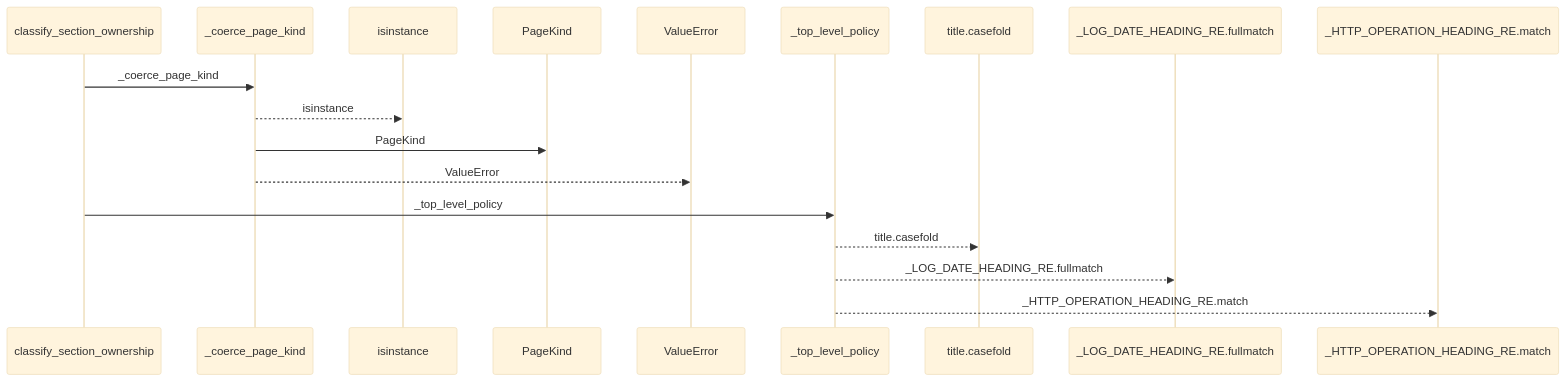
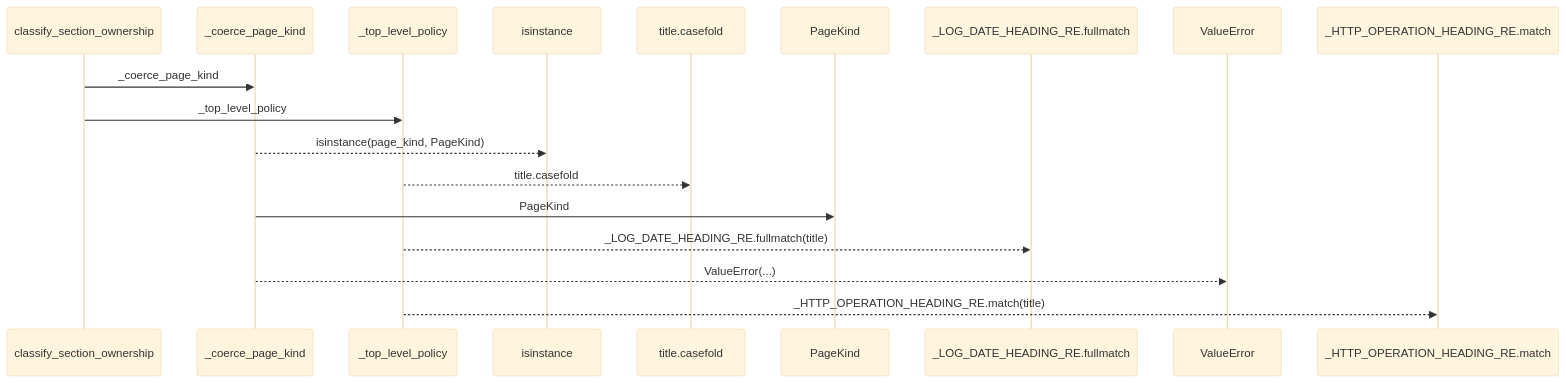
Before and after one commit to Denissvgn/python-wiki-llm: the first of 2 diagrams in docs/llm_wiki/flows/api-classify_section_ownership.md, drawn with Mermaid (base theme). The commit also changed other lines of this file and 1410 other files, not shown here.

````diff
--- a/docs/llm_wiki/flows/api-classify_section_ownership.md
+++ b/docs/llm_wiki/flows/api-classify_section_ownership.md
@@ -10,20 +12,20 @@
 ```mermaid
 sequenceDiagram
     participant p0 as classify_section_ownership
     participant p1 as _coerce_page_kind
-    participant p2 as isinstance
-    participant p3 as PageKind
-    participant p4 as ValueError
-    participant p5 as _top_level_policy
-    participant p6 as title.casefold
-    participant p7 as _LOG_DATE_HEADING_RE.fullmatch
+    participant p2 as _top_level_policy
+    participant p3 as isinstance
+    participant p4 as title.casefold
+    participant p5 as PageKind
+    participant p6 as _LOG_DATE_HEADING_RE.fullmatch
+    participant p7 as ValueError
     participant p8 as _HTTP_OPERATION_HEADING_RE.match
     p0->>p1: _coerce_page_kind
-    p1-->>p2: isinstance
-    p1->>p3: PageKind
-    p1-->>p4: ValueError
-    p0->>p5: _top_level_policy
-    p5-->>p6: title.casefold
-    p5-->>p7: _LOG_DATE_HEADING_RE.fullmatch
-    p5-->>p8: _HTTP_OPERATION_HEADING_RE.match
+    p0->>p2: _top_level_policy
+    p1-->>p3: isinstance(page_kind, PageKind)
+    p2-->>p4: title.casefold
+    p1->>p5: PageKind
+    p2-->>p6: _LOG_DATE_HEADING_RE.fullmatch(title)
+    p1-->>p7: ValueError(...)
+    p2-->>p8: _HTTP_OPERATION_HEADING_RE.match(title)
 ```
````
